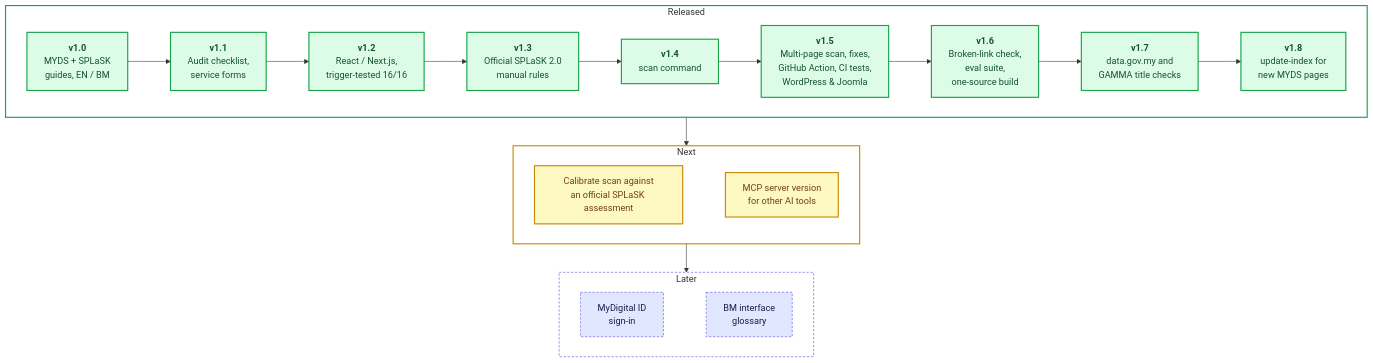
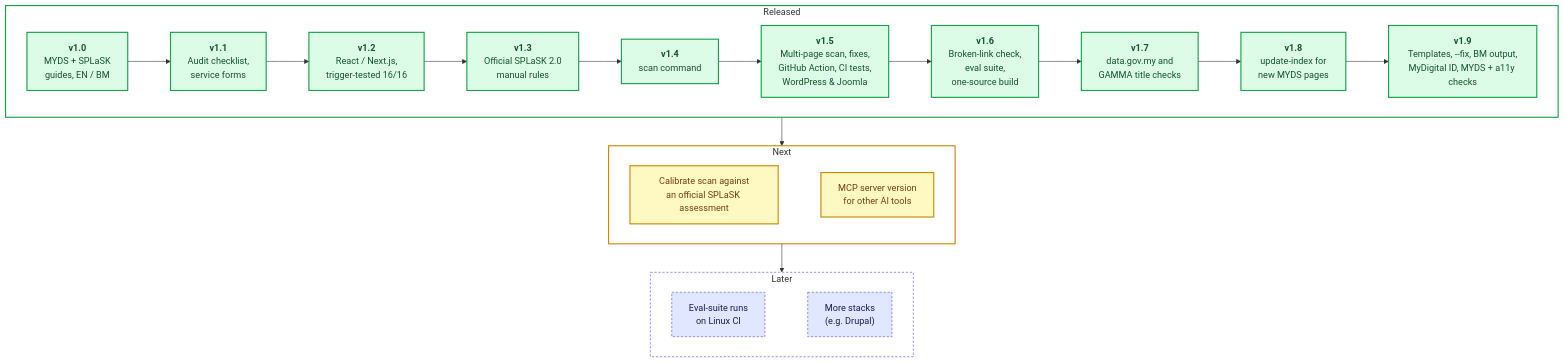
Before and after one commit to DexComm69/malaysia-gov-web-guidance: the second of 2 diagrams in README.md, drawn with Mermaid. The commit also changed other lines of this file and 46 other files, not shown here.

Commit message:
v1.9.0: starter templates, scan --fix/--myds/--a11y/--render/--lang ms, due dates, MyDigital ID and BM glossary guides

````diff
--- a/README.md
+++ b/README.md
@@ -335,42 +340,43 @@
 ```mermaid
 flowchart TB
     subgraph shipped ["Released"]
         direction LR
         v10["<b>v1.0</b><br/>MYDS + SPLaSK<br/>guides, EN / BM"]
         v11["<b>v1.1</b><br/>Audit checklist,<br/>service forms"]
         v12["<b>v1.2</b><br/>React / Next.js,<br/>trigger-tested 16/16"]
         v13["<b>v1.3</b><br/>Official SPLaSK 2.0<br/>manual rules"]
         v14["<b>v1.4</b><br/>scan command"]
         v15["<b>v1.5</b><br/>Multi-page scan, fixes,<br/>GitHub Action, CI tests,<br/>WordPress & Joomla"]
         v16["<b>v1.6</b><br/>Broken-link check,<br/>eval suite,<br/>one-source build"]
         v17["<b>v1.7</b><br/>data.gov.my and<br/>GAMMA title checks"]
         v18["<b>v1.8</b><br/>update-index for<br/>new MYDS pages"]
-        v10 --> v11 --> v12 --> v13 --> v14 --> v15 --> v16 --> v17 --> v18
+        v19["<b>v1.9</b><br/>Templates, --fix, BM output,<br/>MyDigital ID, MYDS + a11y checks"]
+        v10 --> v11 --> v12 --> v13 --> v14 --> v15 --> v16 --> v17 --> v18 --> v19
     end
 
     subgraph next ["Next"]
         direction LR
         cal["Calibrate scan against<br/>an official SPLaSK assessment"]
         mcp["MCP server version<br/>for other AI tools"]
         cal ~~~ mcp
     end
 
     subgraph later ["Later"]
         direction LR
-        idm["MyDigital ID<br/>sign-in"]
-        bm["BM interface<br/>glossary"]
-        idm ~~~ bm
+        evalci["Eval-suite runs<br/>on Linux CI"]
+        more["More stacks<br/>(e.g. Drupal)"]
+        evalci ~~~ more
     end
 
     shipped --> next --> later
 
     classDef done fill:#dcfce7,stroke:#16a34a,color:#14532d,stroke-width:2px
     classDef nxt fill:#fef9c3,stroke:#ca8a04,color:#713f12,stroke-width:2px
     classDef plan fill:#e0e7ff,stroke:#4f46e5,color:#1e1b4b,stroke-width:1px,stroke-dasharray:4 3
-    class v10,v11,v12,v13,v14,v15,v16,v17,v18 done
+    class v10,v11,v12,v13,v14,v15,v16,v17,v18,v19 done
     class cal,mcp nxt
-    class idm,bm plan
+    class evalci,more plan
     style shipped fill:transparent,stroke:#16a34a,stroke-width:2px
     style next fill:transparent,stroke:#ca8a04,stroke-width:2px
     style later fill:transparent,stroke:#4f46e5,stroke-width:1px,stroke-dasharray:4 3
 ```
````
